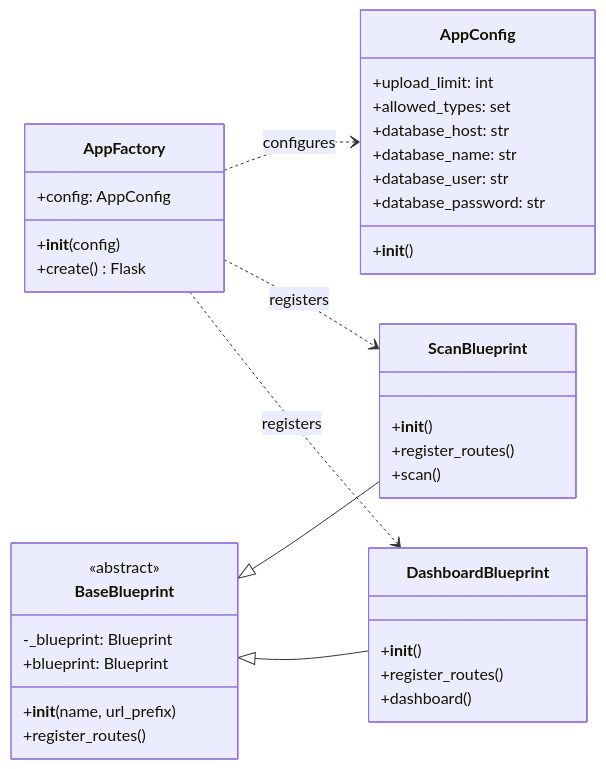
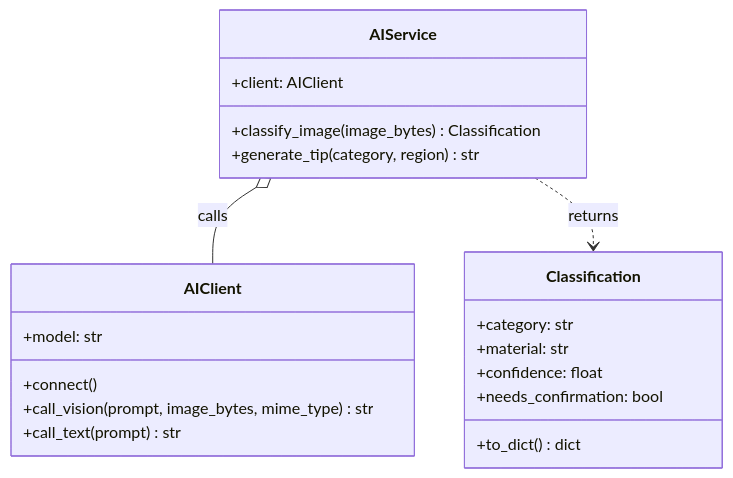
Before and after one commit to Timmyy3000/waste-sorting-assistant: the second of 5 diagrams in README.md, drawn with Mermaid.

Commit message:
docs(ht1): put subsystem D after A B and C

````diff
--- a/README.md
+++ b/README.md
@@ -68,40 +67,24 @@
 ```mermaid
 classDiagram
-    direction LR
-    class AppConfig {
-        +__init__()
-        +upload_limit: int
-        +allowed_types: set
-        +database_host: str
-        +database_name: str
-        +database_user: str
-        +database_password: str
+    direction TB
+    class Classification {
+        +category: str
+        +material: str
+        +confidence: float
+        +needs_confirmation: bool
+        +to_dict() dict
     }
-    class AppFactory {
-        +__init__(config)
-        +config: AppConfig
-        +create() Flask
+    class AIClient {
+        +model: str
+        +connect()
+        +call_vision(prompt, image_bytes, mime_type) str
+        +call_text(prompt) str
     }
-    class BaseBlueprint {
-        <<abstract>>
-        -_blueprint: Blueprint
-        +__init__(name, url_prefix)
-        +blueprint: Blueprint
-        +register_routes()
+    class AIService {
+        +client: AIClient
+        +classify_image(image_bytes) Classification
+        +generate_tip(category, region) str
     }
-    class ScanBlueprint {
-        +__init__()
-        +register_routes()
-        +scan()
-    }
-    class DashboardBlueprint {
-        +__init__()
-        +register_routes()
-        +dashboard()
-    }
-    BaseBlueprint <|-- ScanBlueprint
-    BaseBlueprint <|-- DashboardBlueprint
-    AppFactory ..> AppConfig : configures
-    AppFactory ..> ScanBlueprint : registers
-    AppFactory ..> DashboardBlueprint : registers
+    AIService o-- AIClient : calls
+    AIService ..> Classification : returns
 ```
````
